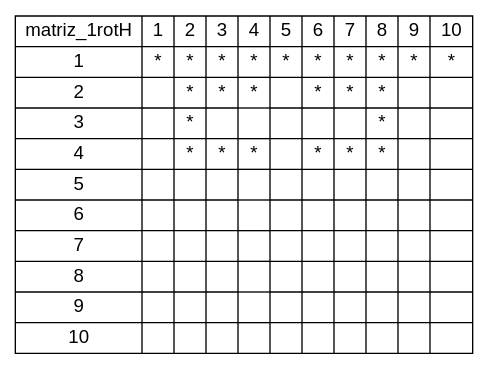
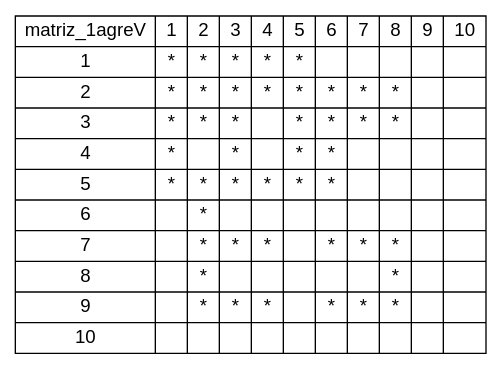
The diagram in Reporte.dot (DarlenyY/IPC2_Proyecto2_201902209), drawn with Graphviz before and after one commit. The commit also changed 6 other files, not shown here.

```diff
--- a/Reporte.dot
+++ b/Reporte.dot
@@ -1,1 +1,1 @@
-digraph G {node [fontname="Arial"];node_A [shape=record    label="{matriz_1rotH|1|2|3|4|5|6|7|8|9|10}|{1|*| | | | | | | | | }|{2|*|*|*|*| | | | | | }|{3|*|*| |*| | | | | | }|{4|*|*| |*| | | | | | }|{5|*| | | | | | | | | }|{6|*|*| |*| | | | | | }|{7|*|*| |*| | | | | | }|{8|*|*|*|*| | | | | | }|{9|*| | | | | | | | | }|{10|*| | | | | | | | | }"];} 
+digraph G {node [fontname="Arial"];node_A [shape=record    label="{matriz_1agreV|1|2|3|4|5|6|7|8|9|10}|{1|*|*|*|*|*| | | | | }|{2|*|*|*| |*|*|*|*|*| }|{3|*|*|*|*|*| |*| |*| }|{4|*|*| | |*| |*| |*| }|{5|*|*|*|*|*| | | | | }|{6| |*|*|*|*| |*| |*| }|{7| |*|*| | | |*| |*| }|{8| |*|*| | | |*|*|*| }|{9| | | | | | | | | | }|{10| | | | | | | | | | }"];} 
```
